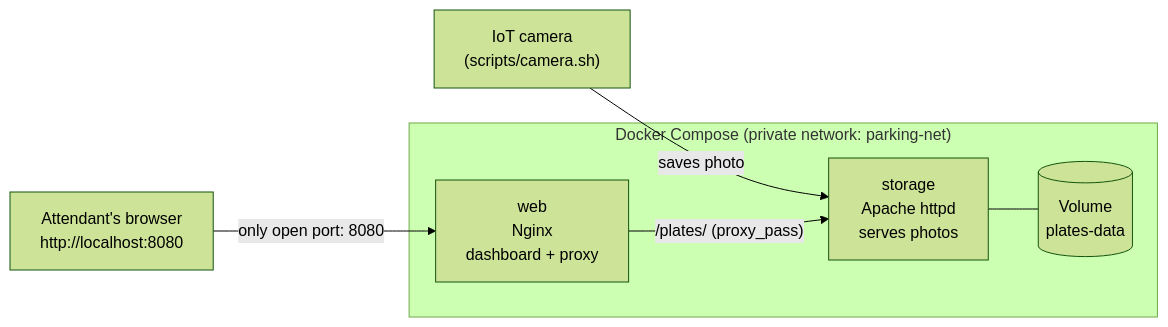
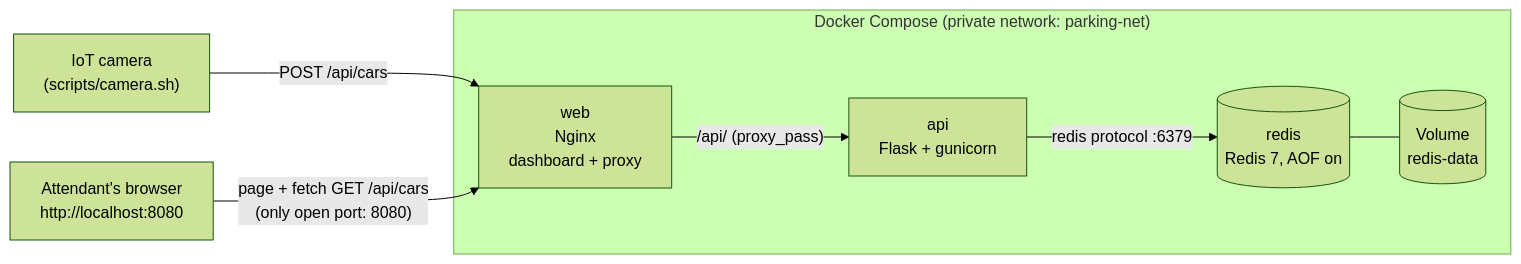
Before and after one commit to bronshteinadam-source/smart-parking-tracker: the diagram in README.md, drawn with Mermaid (forest theme). The commit also changed other lines of this file and 45 other files, not shown here.

Commit message:
Upgrade to Track 2: Flask API + Redis with persistent Volume

````diff
--- a/README.md
+++ b/README.md
@@ -15,12 +17,14 @@
 ```mermaid
 flowchart LR
-    CAM["IoT camera<br/>(scripts/camera.sh)"] -- "saves photo" --> ST
+    CAM["IoT camera<br/>(scripts/camera.sh)"] -- "POST /api/cars" --> WEB
+    BROWSER["Attendant's browser<br/>http://localhost:8080"] -- "page + fetch GET /api/cars<br/>(only open port: 8080)" --> WEB
     subgraph DOCKER["Docker Compose  (private network: parking-net)"]
         WEB["web<br/>Nginx<br/>dashboard + proxy"]
-        ST["storage<br/>Apache httpd<br/>serves photos"]
-        VOL[("Volume<br/>plates-data")]
-        WEB -- "/plates/ (proxy_pass)" --> ST
-        ST --- VOL
+        API["api<br/>Flask + gunicorn"]
+        REDIS[("redis<br/>Redis 7, AOF on")]
+        VOL[("Volume<br/>redis-data")]
+        WEB -- "/api/ (proxy_pass)" --> API
+        API -- "redis protocol :6379" --> REDIS
+        REDIS --- VOL
     end
-    BROWSER["Attendant's browser<br/>http://localhost:8080"] -- "only open port: 8080" --> WEB
 ```
````
